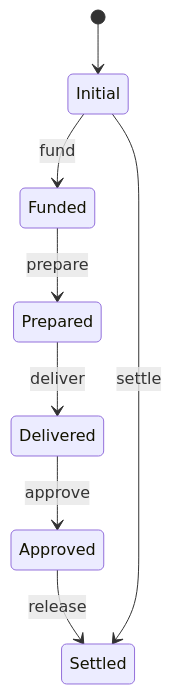
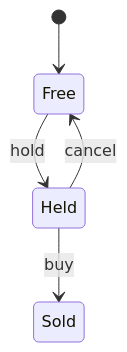
The diagram in README.md (rhovision-org/rho-foundry), drawn with Mermaid before and after one commit. The commit also changed other lines of this file and 5 other files, not shown here.

````diff
--- a/README.md
+++ b/README.md
@@ -191,10 +49,7 @@
 ```mermaid
 stateDiagram-v2
-    [*] --> Initial
-    Initial --> Funded: fund
-    Funded --> Prepared: prepare
-    Prepared --> Delivered: deliver
-    Delivered --> Approved: approve
-    Approved --> Settled: release
-    Initial --> Settled: settle
+ [*] --> Free
+ Free --> Held: hold
+ Held --> Free: cancel
+ Held --> Sold: buy
 ```
````
